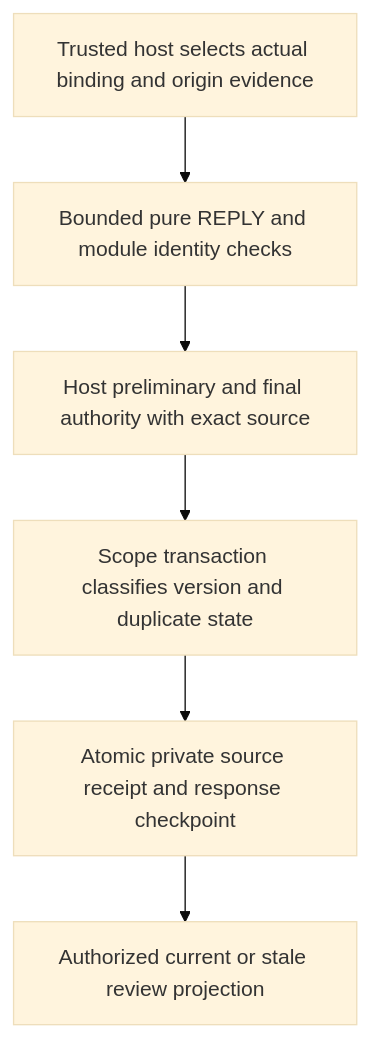
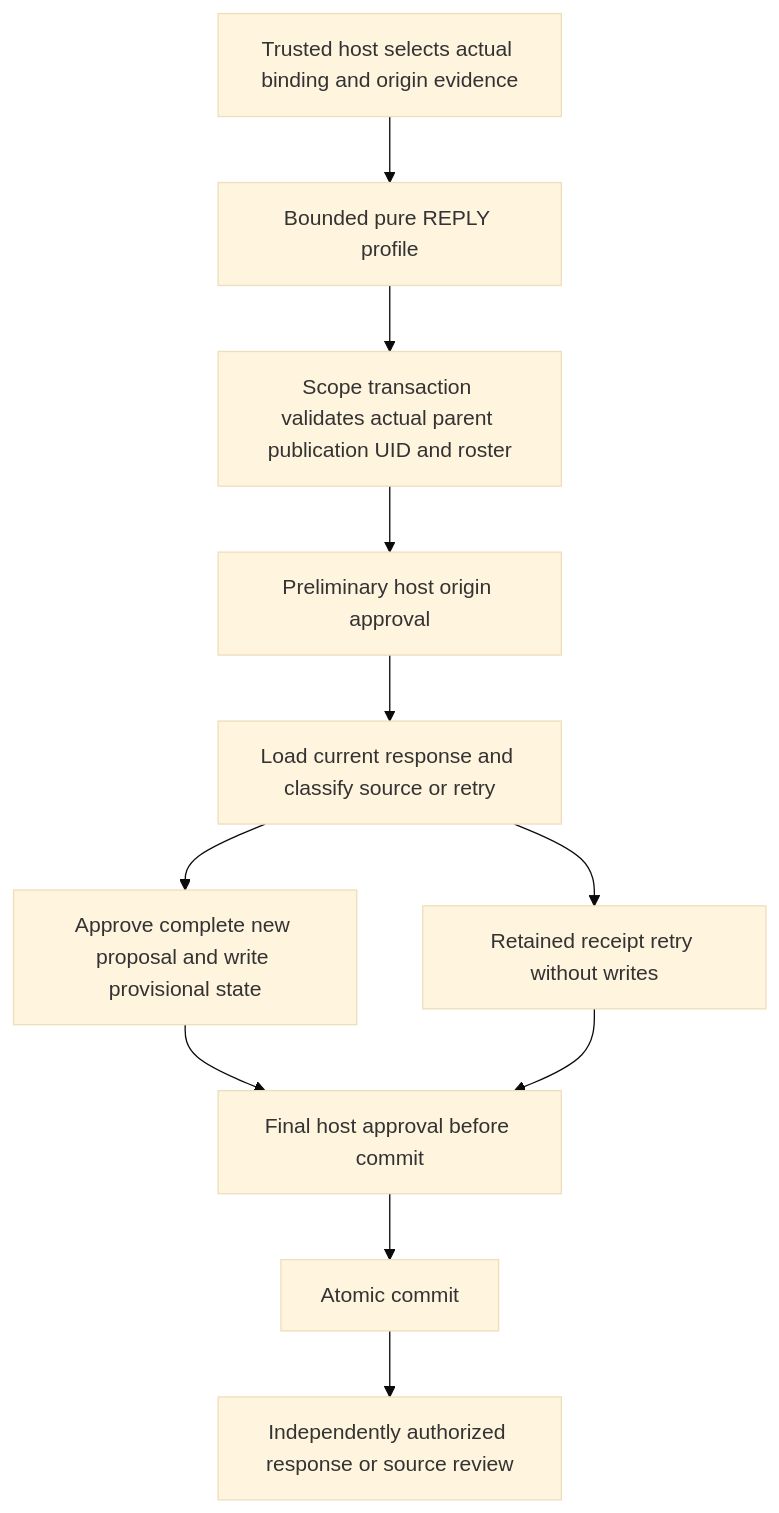
Before and after one commit to jimmyspets/serverpod_calendar: the diagram in docs/adr/0131-first-authenticated-attendee-replies.md, drawn with Mermaid (base theme). The commit also changed other lines of this file and 96 other files, not shown here.

````diff
--- a/docs/adr/0131-first-authenticated-attendee-replies.md
+++ b/docs/adr/0131-first-authenticated-attendee-replies.md
@@ -53,8 +53,13 @@
 ```mermaid
 flowchart TD
-  A[Trusted host selects actual binding and origin evidence] --> B[Bounded pure REPLY and module identity checks]
-  B --> C[Host preliminary and final authority with exact source]
-  C --> D[Scope transaction classifies version and duplicate state]
-  D --> E[Atomic private source receipt and response checkpoint]
-  E --> F[Authorized current or stale review projection]
+  A[Trusted host selects actual binding and origin evidence] --> B[Bounded pure REPLY profile]
+  B --> C[Scope transaction validates actual parent publication UID and roster]
+  C --> D[Preliminary host origin approval]
+  D --> E[Load current response and classify source or retry]
+  E --> F[Approve complete new proposal and write provisional state]
+  E --> R[Retained receipt retry without writes]
+  F --> G[Final host approval before commit]
+  R --> G
+  G --> H[Atomic commit]
+  H --> I[Independently authorized response or source review]
 ```
````
